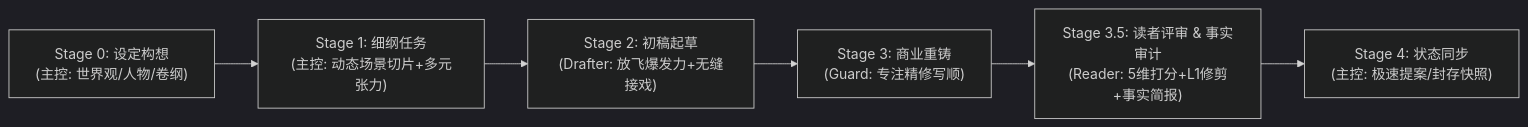
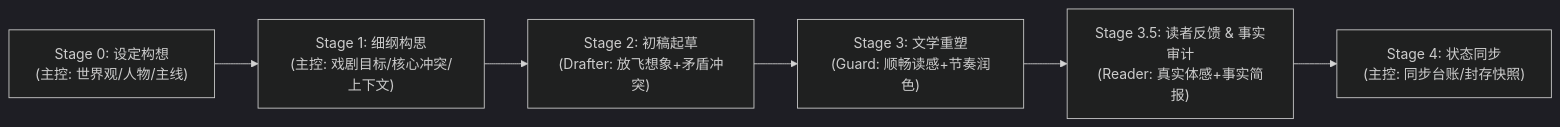
The diagram in AGENTS.md (cg110902/NOVEL), drawn with Mermaid (dark theme) before and after one commit. The commit also changed other lines of this file and 15 other files, not shown here.

````diff
--- a/AGENTS.md
+++ b/AGENTS.md
@@ -24,8 +24,8 @@
 ```mermaid
 graph LR
-    S0["Stage 0: 设定构想<br/>(主控: 世界观/人物/卷纲)"] --> S1["Stage 1: 细纲任务<br/>(主控: 动态场景切片+多元张力)"]
-    S1 --> S2["Stage 2: 初稿起草<br/>(Drafter: 放飞爆发力+无缝接戏)"]
-    S2 --> S3["Stage 3: 商业重铸<br/>(Guard: 专注精修写顺)"]
-    S3 --> S35["Stage 3.5: 读者评审 & 事实审计<br/>(Reader: 5维打分+L1修剪+事实简报)"]
-    S35 --> S4["Stage 4: 状态同步<br/>(主控: 极速提案/封存快照)"]
+    S0["Stage 0: 设定构想<br/>(主控: 世界观/人物/主线)"] --> S1["Stage 1: 细纲构思<br/>(主控: 戏剧目标/核心冲突/上下文)"]
+    S1 --> S2["Stage 2: 初稿起草<br/>(Drafter: 放飞想象+矛盾冲突)"]
+    S2 --> S3["Stage 3: 文学重塑<br/>(Guard: 顺畅读感+节奏润色)"]
+    S3 --> S35["Stage 3.5: 读者反馈 & 事实审计<br/>(Reader: 真实体感+事实简报)"]
+    S35 --> S4["Stage 4: 状态同步<br/>(主控: 同步台账/封存快照)"]
 ```
````
